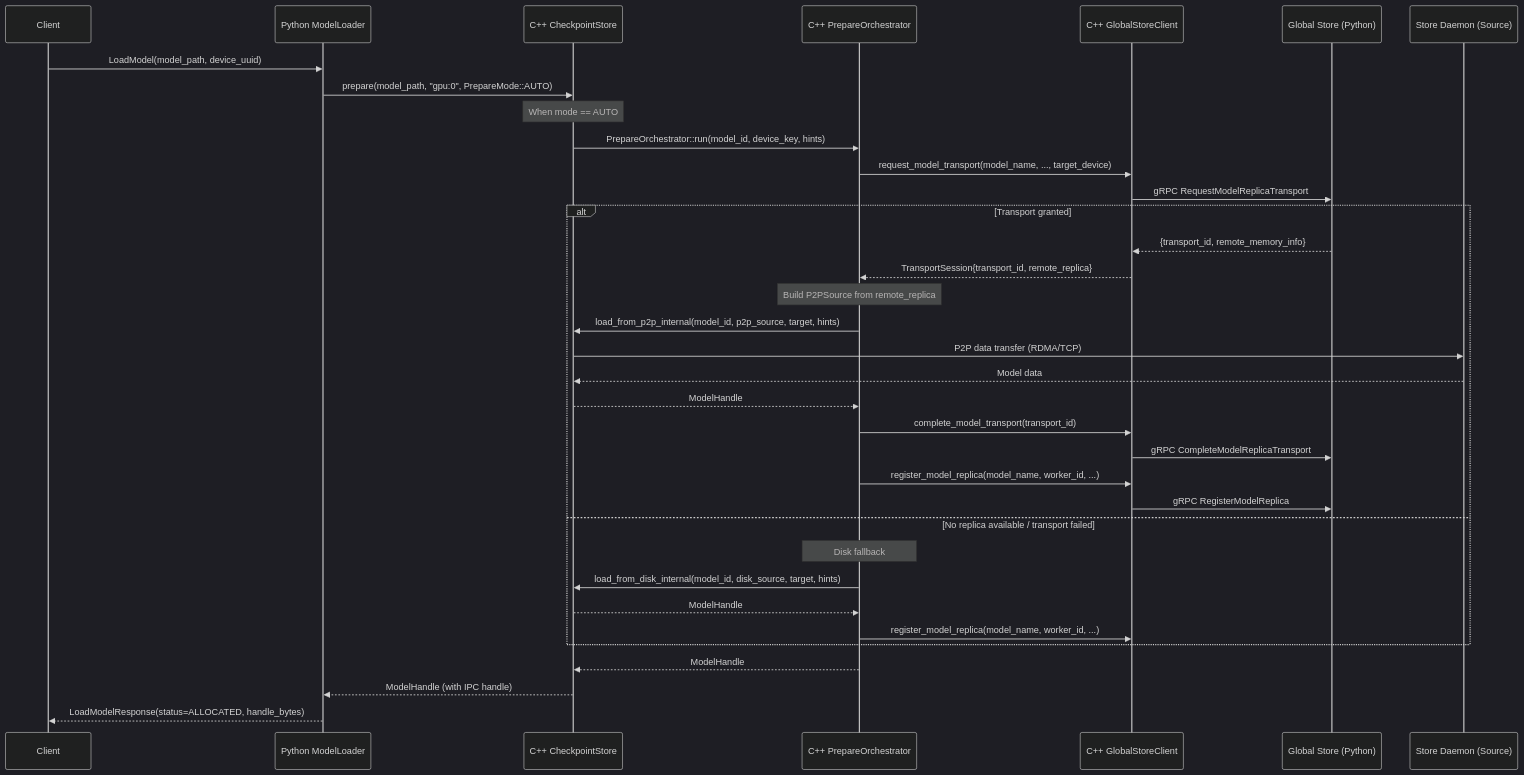
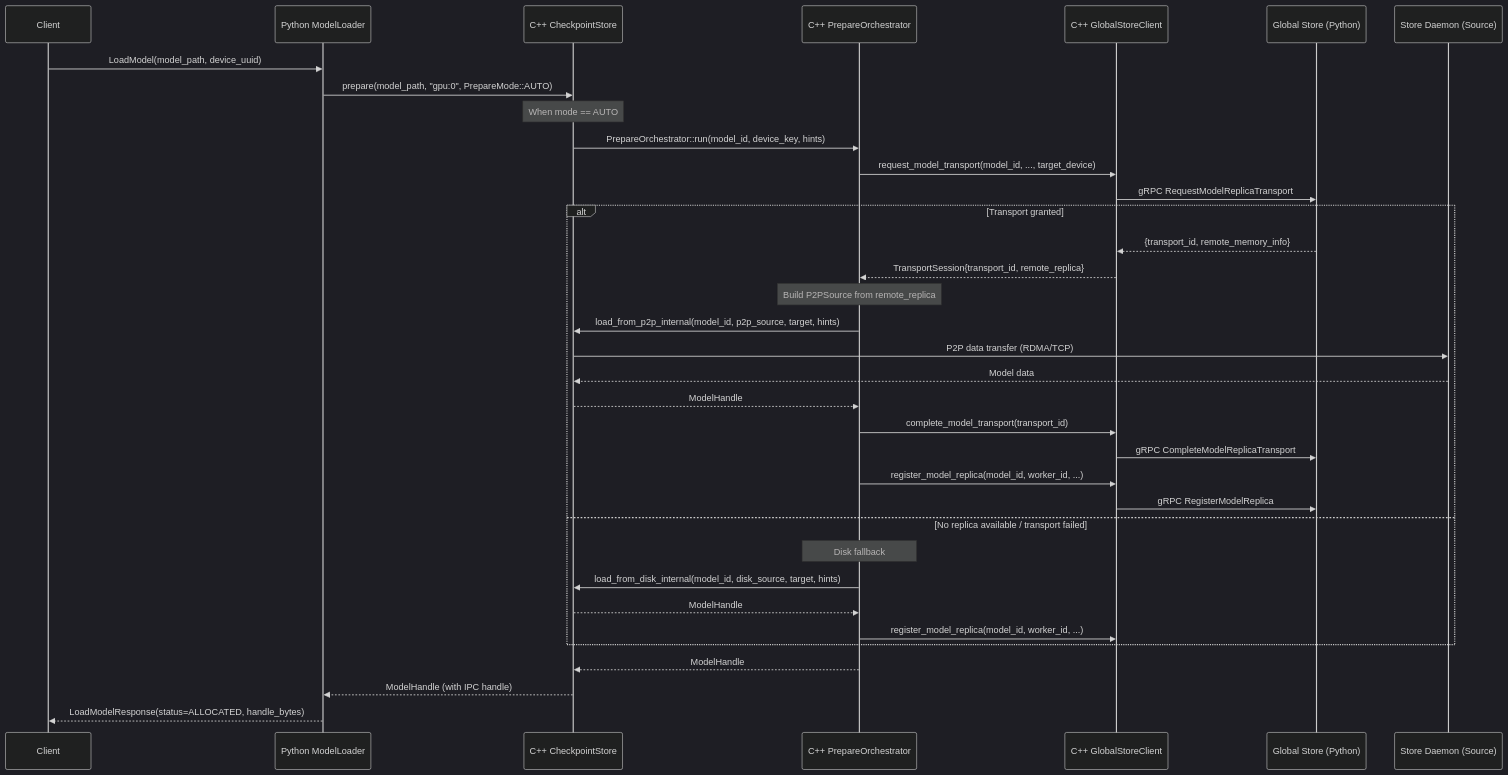
Before and after one commit to tensorcast-ai/tensorcast: the second of 2 diagrams in web-docs/docs/developer-guides/architecture/p2p-transfer-strategies.md, drawn with Mermaid (dark theme). The commit also changed other lines of this file and 135 other files, not shown here.

````diff
--- a/web-docs/docs/developer-guides/architecture/p2p-transfer-strategies.md
+++ b/web-docs/docs/developer-guides/architecture/p2p-transfer-strategies.md
@@ -188,49 +188,49 @@
 ```mermaid
 sequenceDiagram
     participant Client
     participant Python as Python ModelLoader
     participant CS as C++ CheckpointStore
     participant PO as C++ PrepareOrchestrator
     participant GSC as C++ GlobalStoreClient
     participant GS as Global Store (Python)
     participant SD_Source as Store Daemon (Source)
 
     Client->>Python: LoadModel(model_path, device_uuid)
     Python->>CS: prepare(model_path, "gpu:0", PrepareMode::AUTO)
 
     Note over CS: When mode == AUTO
     CS->>PO: PrepareOrchestrator::run(model_id, device_key, hints)
 
     %% --- P2P transfer attempt ------------------------------------------------
-    PO->>GSC: request_model_transport(model_name, ..., target_device)
+    PO->>GSC: request_model_transport(model_id, ..., target_device)
     GSC->>GS: gRPC RequestModelReplicaTransport
 
     alt Transport granted
         GS-->>GSC: {transport_id, remote_memory_info}
         GSC-->>PO: TransportSession{transport_id, remote_replica}
 
         Note over PO: Build P2PSource from remote_replica
         PO->>CS: load_from_p2p_internal(model_id, p2p_source, target, hints)
 
         CS->>SD_Source: P2P data transfer (RDMA/TCP)
         SD_Source-->>CS: Model data
 
         CS-->>PO: ModelHandle
 
         PO->>GSC: complete_model_transport(transport_id)
         GSC->>GS: gRPC CompleteModelReplicaTransport
 
-        PO->>GSC: register_model_replica(model_name, worker_id, ...)
+        PO->>GSC: register_model_replica(model_id, worker_id, ...)
         GSC->>GS: gRPC RegisterModelReplica
     else No replica available / transport failed
         Note over PO: Disk fallback
         PO->>CS: load_from_disk_internal(model_id, disk_source, target, hints)
         CS-->>PO: ModelHandle
 
-        PO->>GSC: register_model_replica(model_name, worker_id, ...)
+        PO->>GSC: register_model_replica(model_id, worker_id, ...)
     end
 
     PO-->>CS: ModelHandle
     CS-->>Python: ModelHandle (with IPC handle)
     Python-->>Client: LoadModelResponse(status=ALLOCATED, handle_bytes)
 ```
````
